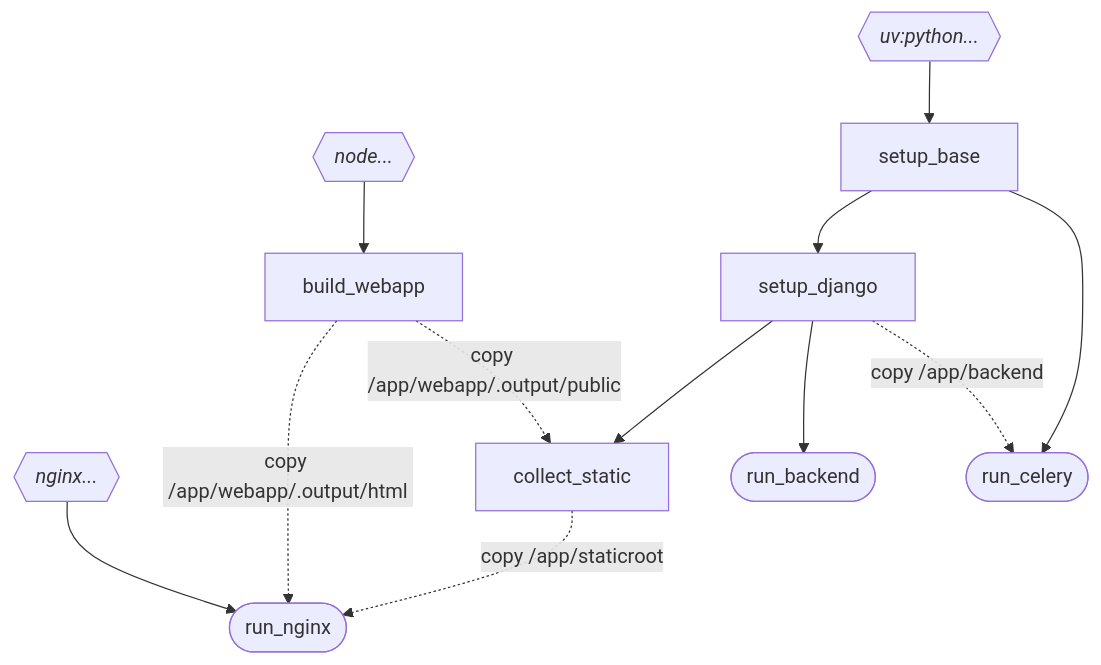
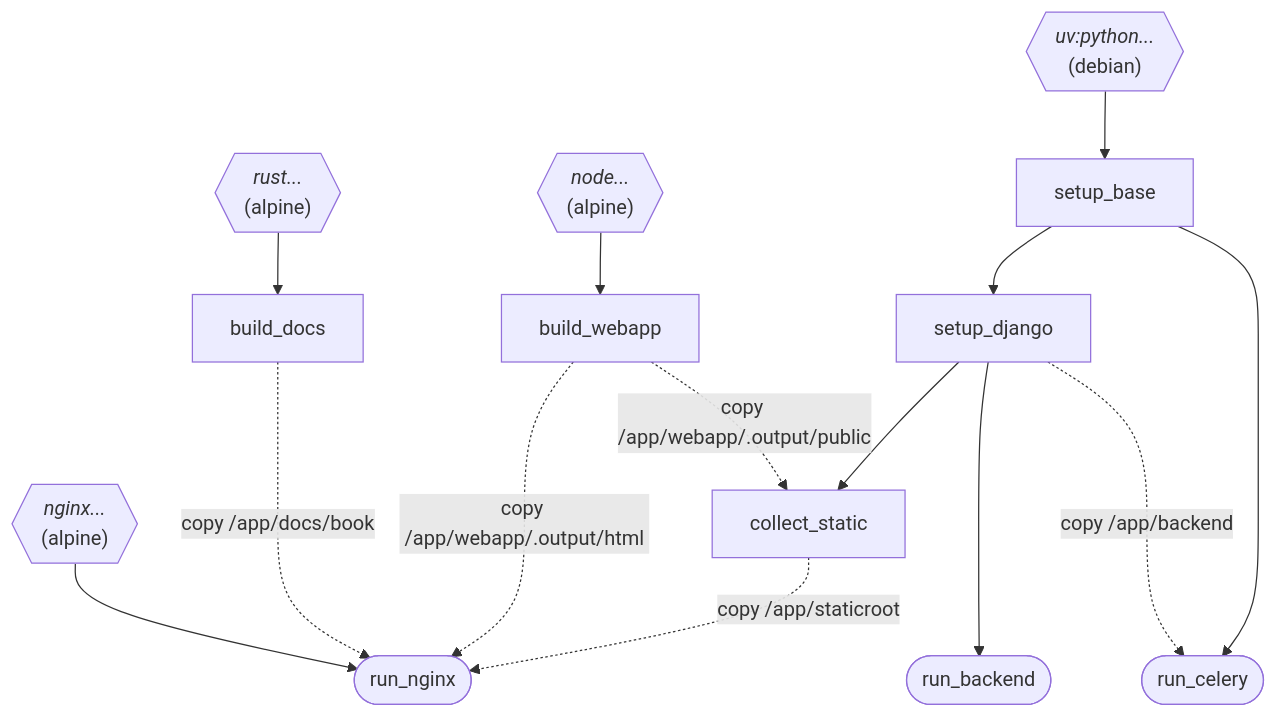
Before and after one commit to KSIUJ/gutenberg: the first of 2 diagrams in docs/src/internals/docker.md, drawn with Mermaid. The commit also changed other lines of this file and 3 other files, not shown here.

````diff
--- a/docs/src/internals/docker.md
+++ b/docs/src/internals/docker.md
@@ -11,23 +16,31 @@
 ```mermaid
 flowchart TD
-    node{{"`_node..._`"}}
-    uv{{"`_uv:python..._`"}}
-    nginx{{"`_nginx..._`"}}
+    nginx{{"`_nginx..._
+        (alpine)`"}}
+    rust{{"`_rust..._
+        (alpine)`"}}
+    node{{"`_node..._
+        (alpine)`"}}
+    uv{{"`_uv:python..._
+        (debian)`"}}
+        
+    rust --> build_docs
     
     node --> build_webapp
 
     uv --> setup_base
     setup_base --> setup_django
 
     setup_django --> collect_static
 
-    setup_django --> run_backend([run_backend])
+    setup_django ---> run_backend([run_backend])
 
-    setup_base --> run_celery([run_celery])
+    setup_base ----> run_celery([run_celery])
     setup_django -. copy /app/backend .-> run_celery
 
+    nginx --> run_nginx
+    build_docs -. "copy /app/docs/book" ..-> run_nginx([run_nginx])
     build_webapp -. "copy /app/webapp/.output/html" .-> run_nginx([run_nginx])
     build_webapp -. "copy /app/webapp/.output/public" .-> collect_static
-    nginx --> run_nginx
     collect_static -. copy /app/staticroot .-> run_nginx([run_nginx])
 ```
````
